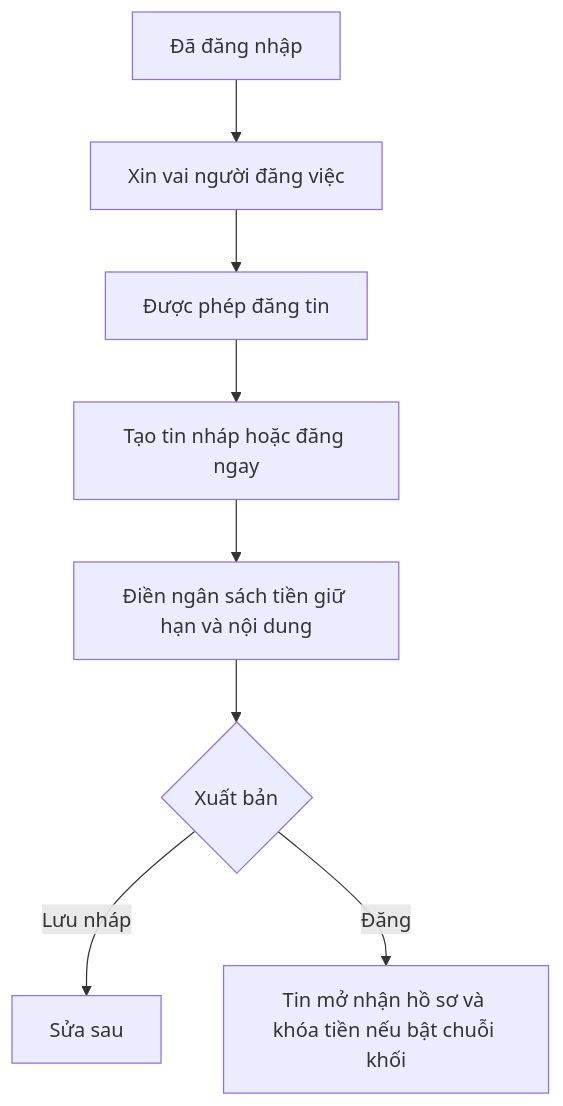
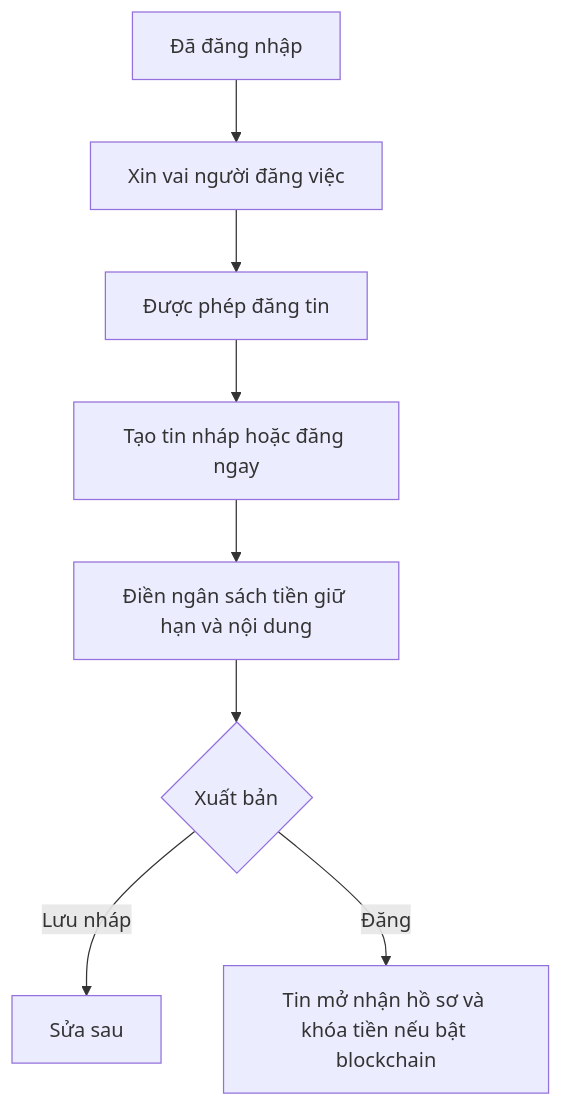
The first of 5 diagrams in poster.md (dmt041104111003/docs-nckh), drawn with Mermaid before and after one commit. The commit also changed other lines of this file and 9 other files, not shown here.

````diff
--- a/poster.md
+++ b/poster.md
@@ -9,10 +24,10 @@
 ```mermaid
 flowchart TD
   A[Đã đăng nhập] --> B[Xin vai người đăng việc]
   B --> C[Được phép đăng tin]
   C --> D[Tạo tin nháp hoặc đăng ngay]
   D --> E[Điền ngân sách tiền giữ hạn và nội dung]
   E --> F{Xuất bản}
   F -->|Lưu nháp| G[Sửa sau]
-  F -->|Đăng| H[Tin mở nhận hồ sơ và khóa tiền nếu bật chuỗi khối]
+  F -->|Đăng| H[Tin mở nhận hồ sơ và khóa tiền nếu bật blockchain]
 ```
````
